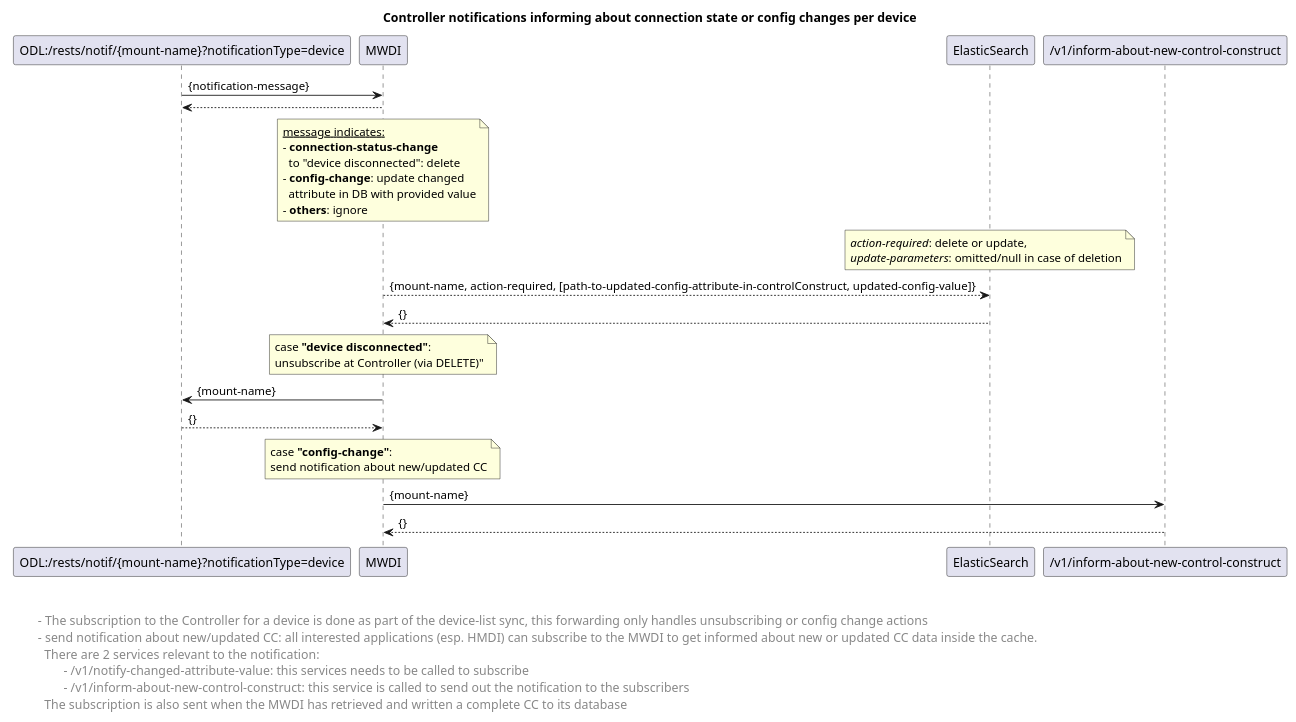
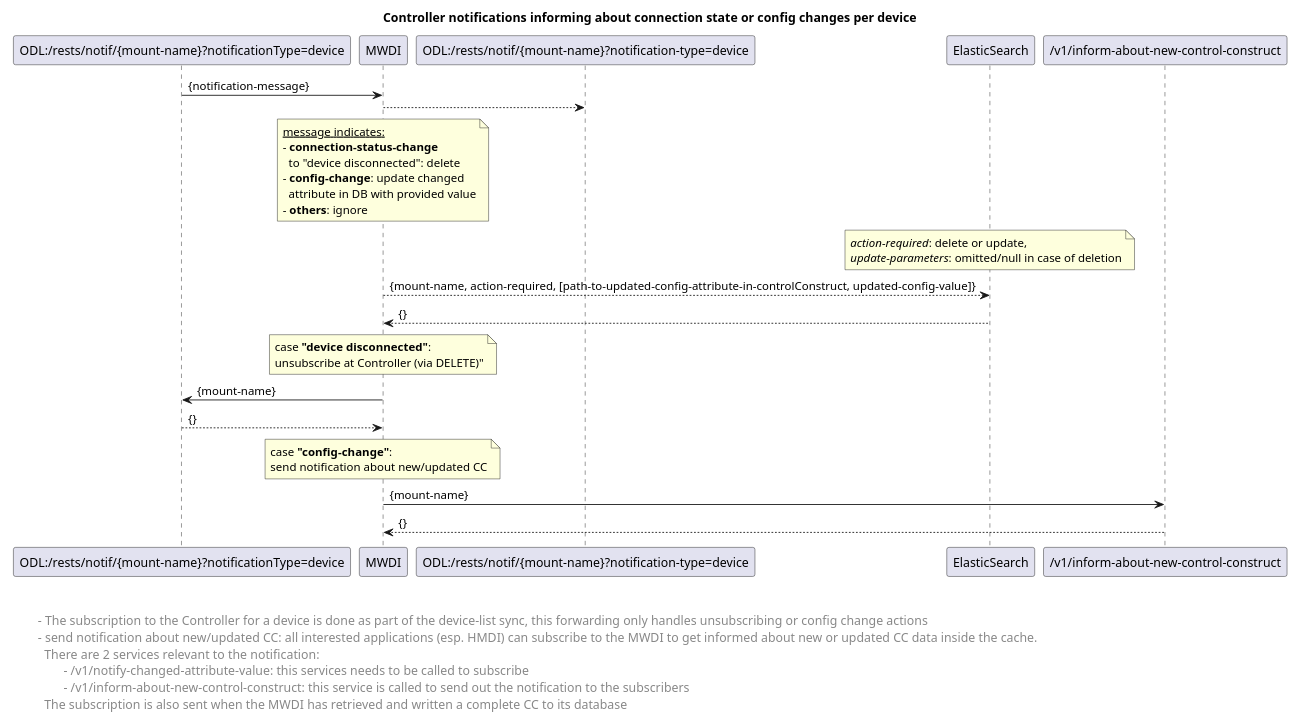
Before and after one commit to openBackhaul/MicroWaveDeviceInventory: the diagram in spec/diagrams/OLD_temp/controlflow_no_forwarding_ControllerNotification.plantuml, drawn with PlantUML. The commit also changed 2 other files, not shown here.

```diff
--- a/spec/diagrams/OLD_temp/controlflow_no_forwarding_ControllerNotification.plantuml
+++ b/spec/diagrams/OLD_temp/controlflow_no_forwarding_ControllerNotification.plantuml
@@ -1,53 +1,53 @@
 @startuml
 skinparam responseMessageBelowArrow true
 
 title Controller notifications informing about connection state or config changes per device
 
 'receive the notification
 "ODL:/rests/notif/{mount-name}?notificationType=device" -> "MWDI": {notification-message}
-"MWDI" --> "ODL:/rests/notif/{mount-name}?notificationType=device"
+"MWDI" --> "ODL:/rests/notif/{mount-name}?notification-type=device"
 
 note over "MWDI"
  <u>message indicates:</u>
  - <b>connection-status-change</b> 
    to "device disconnected": delete
  - <b>config-change</b>: update changed 
    attribute in DB with provided value
  - <b>others</b>: ignore
 end note
 note over "ElasticSearch": <i>action-required</i>: delete or update, \n<i>update-parameters</i>: omitted/null in case of deletion
 
 
 "MWDI" --> "ElasticSearch": {mount-name, action-required, [path-to-updated-config-attribute-in-controlConstruct, updated-config-value]}
 "ElasticSearch" --> "MWDI": {}
 
 note over "MWDI": case <b>"device disconnected"</b>: \nunsubscribe at Controller (via DELETE)"
 
 "MWDI" -> "ODL:/rests/notif/{mount-name}?notificationType=device": {mount-name}
 "ODL:/rests/notif/{mount-name}?notificationType=device" --> "MWDI": {}
 
 note over "MWDI": case <b>"config-change"</b>: \nsend notification about new/updated CC
 "MWDI" -> "/v1/inform-about-new-control-construct": {mount-name}
 "/v1/inform-about-new-control-construct" --> "MWDI": {}
 
 
 left footer 
 
 
  \t - The subscription to the Controller for a device is done as part of the device-list sync, this forwarding only handles unsubscribing or config change actions
  \t - send notification about new/updated CC: all interested applications (esp. HMDI) can subscribe to the MWDI to get informed about new or updated CC data inside the cache.
  \t   There are 2 services relevant to the notification:
  \t\t - /v1/notify-changed-attribute-value: this services needs to be called to subscribe
  \t\t - /v1/inform-about-new-control-construct: this service is called to send out the notification to the subscribers
  \t   The subscription is also sent when the MWDI has retrieved and written a complete CC to its database 
 end footer
 
 
 <style>
 footer {
   HorizontalAlignment left
   FontSize 14
 }
 </style>
 
 @enduml
```
